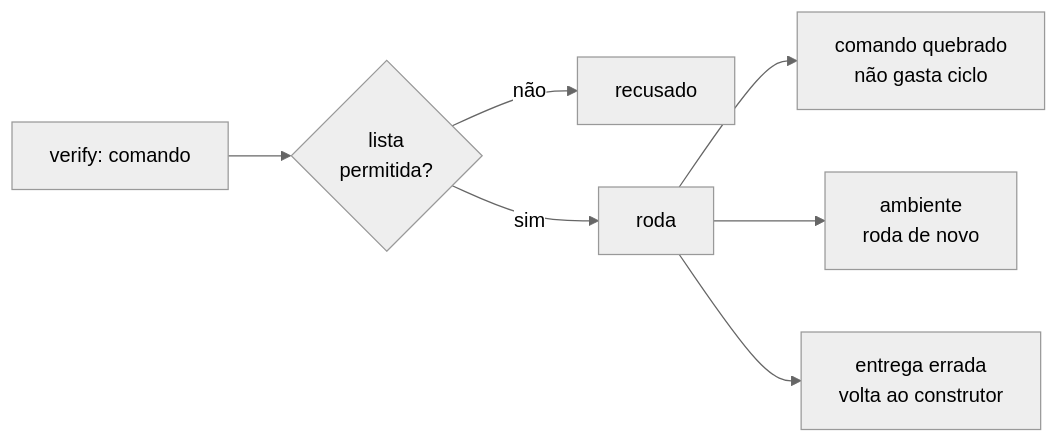
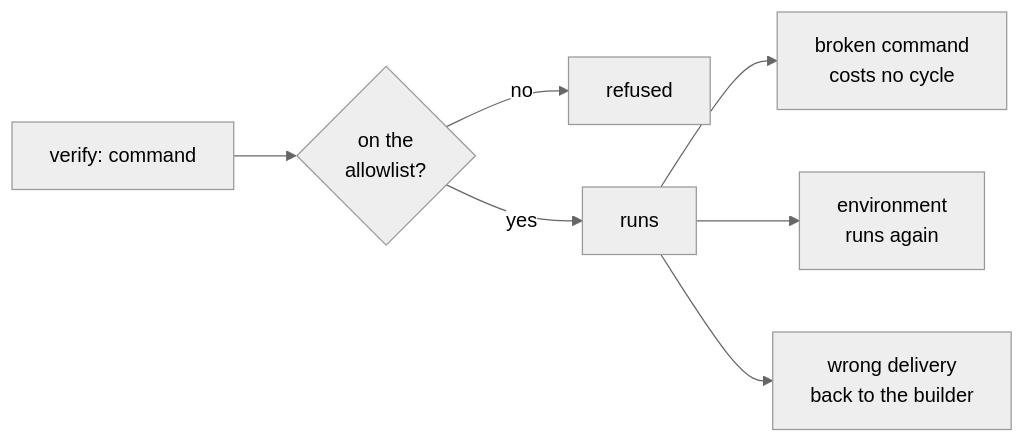
One commit to enzoconsulo/factory-tcc changed the diagram in docs/tasks/en/E4-task-production-line/FAB-403-acceptance-criteria-executed-automatically.md. Above: the diagram before and after it, drawn with Mermaid (neutral theme). The commit also changed 52 other files, not shown here.

````diff
--- a/docs/tasks/en/E4-task-production-line/FAB-403-acceptance-criteria-executed-automatically.md
+++ b/docs/tasks/en/E4-task-production-line/FAB-403-acceptance-criteria-executed-automatically.md
@@ -11,9 +11,9 @@
 ```mermaid
 flowchart LR
-  V["verify: comando"] --> A{"lista<br/>permitida?"}
-  A -- "não" --> X["recusado"]
-  A -- "sim" --> R["roda"]
-  R --> K["comando quebrado<br/>não gasta ciclo"]
-  R --> M["ambiente<br/>roda de novo"]
-  R --> D["entrega errada<br/>volta ao construtor"]
+  V["verify: command"] --> A{"on the<br/>allowlist?"}
+  A -- "no" --> X["refused"]
+  A -- "yes" --> R["runs"]
+  R --> K["broken command<br/>costs no cycle"]
+  R --> M["environment<br/>runs again"]
+  R --> D["wrong delivery<br/>back to the builder"]
 ```
````
